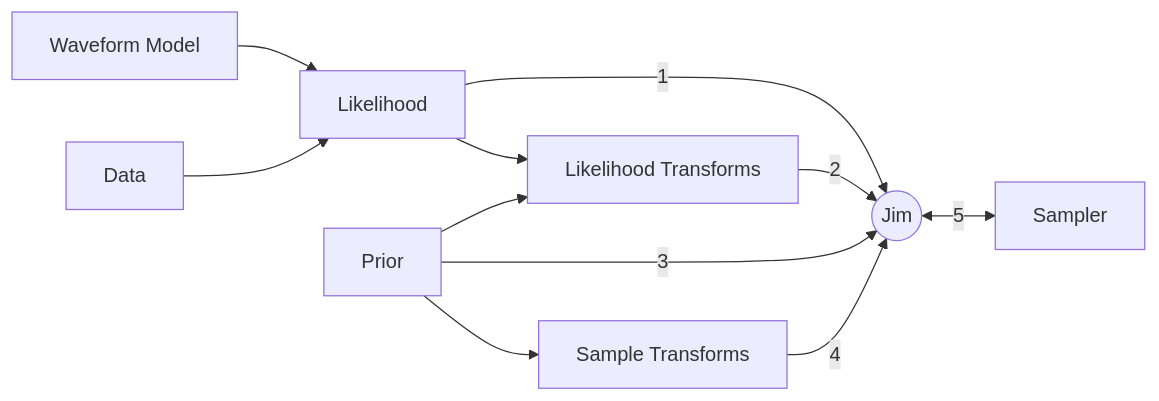
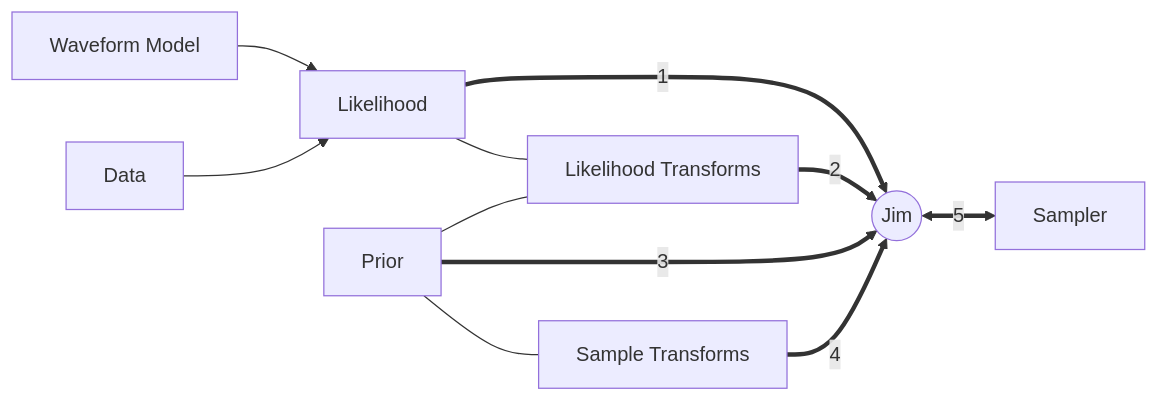
One commit to GW-JAX-Team/jim changed the diagram in docs/quickstart.md. Above: the diagram before and after it, drawn with Mermaid. The commit also changed 1 other file, not shown here.

Commit message:
Update flowchart style in transforms and quickstart documentation

````diff
--- a/docs/quickstart.md
+++ b/docs/quickstart.md
@@ -9,12 +9,12 @@
 ```mermaid
 flowchart LR
     WM[Waveform Model] & D[Data] --> L[Likelihood]
-    L -- 1 --> J((Jim))
-    L --> LT[Likelihood Transforms]
-    P[Prior] --> LT
-    LT -- 2 --> J
-    P -- 3 --> J
-    P --> ST[Sample Transforms]
-    ST -- 4 --> J
-    J <-- 5 --> S[Sampler]
+    L == 1 ==> J((Jim))
+    L --- LT[Likelihood Transforms]
+    P[Prior] --- LT
+    LT == 2 ==> J
+    P == 3 ==> J
+    P --- ST[Sample Transforms]
+    ST == 4 ==> J
+    J <== 5 ==> S[Sampler]
 ```
````
